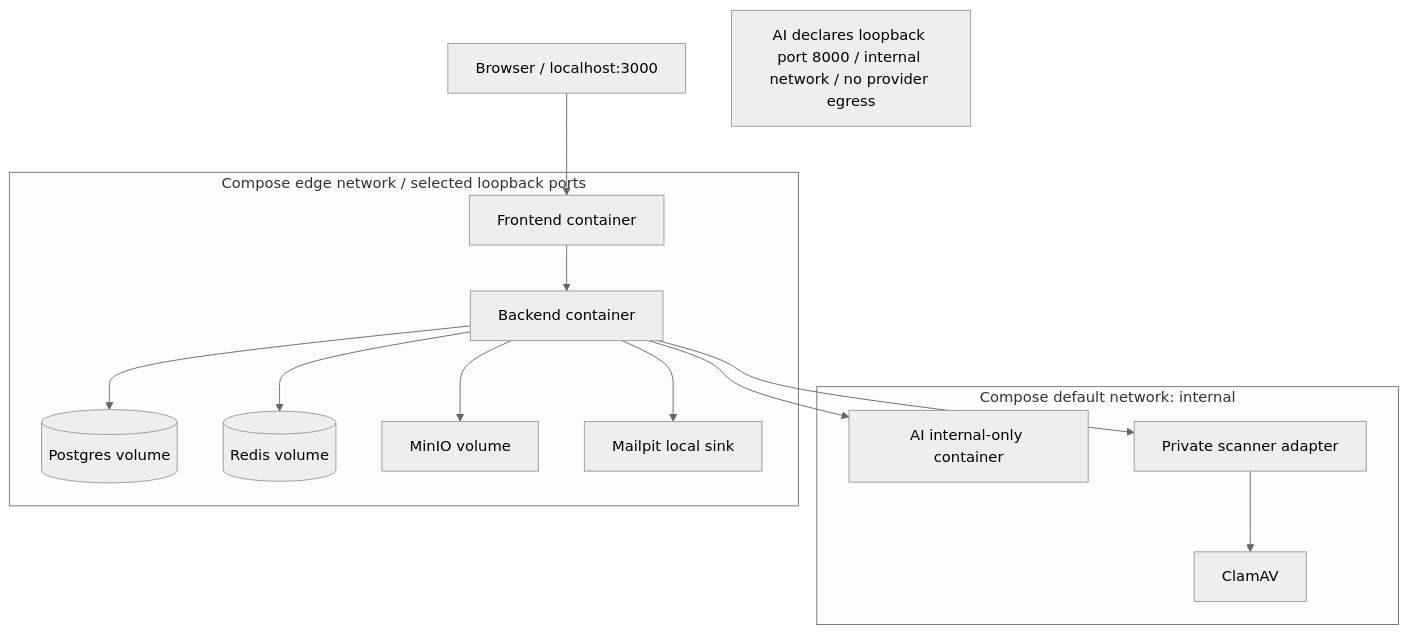
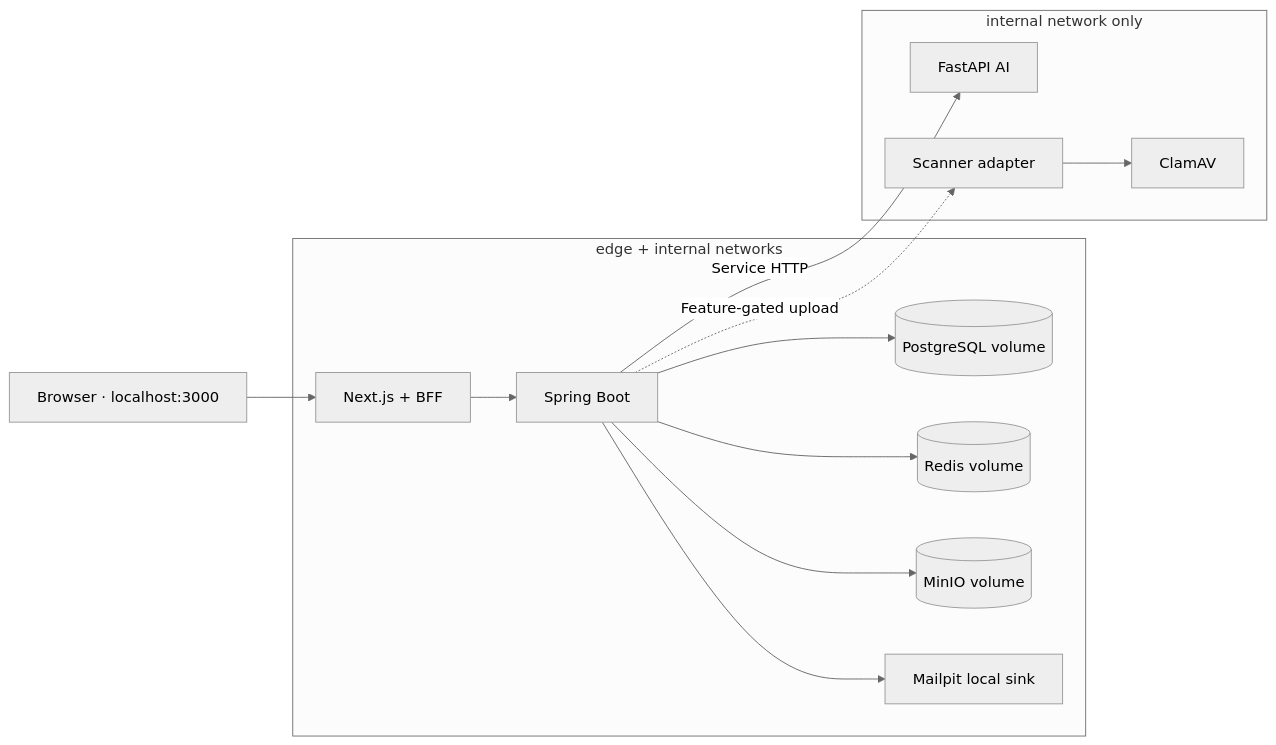
Before and after one commit to JasonTM17/HealthCare_Project: the diagram in docs/architecture/deployment-local.mmd, drawn with Mermaid (neutral theme). The commit also changed 13 other files, not shown here.

Commit message:
docs(readme): use native diagrams and expanded role gallery

```diff
--- a/docs/architecture/deployment-local.mmd
+++ b/docs/architecture/deployment-local.mmd
@@ -1,24 +1,15 @@
-flowchart TB
-    Browser[Browser / localhost:3000] --> FE[Frontend container]
-    FE --> BE[Backend container]
-    BE --> DB[(Postgres volume)]
-    BE --> Redis[(Redis volume)]
-    BE --> AI[AI internal-only container]
-    BE --> Minio[MinIO volume]
-    BE --> SMTP[Mailpit local sink]
-    BE --> Scanner[Private scanner adapter]
-    Scanner --> AV[ClamAV]
-    subgraph Internal[Compose default network: internal]
-        AI
-        Scanner
-        AV
+flowchart LR
+    Browser["Browser · localhost:3000"] --> FE["Next.js + BFF"]
+    subgraph Edge["edge + internal networks"]
+        FE --> BE["Spring Boot"]
+        BE --> DB[("PostgreSQL volume")]
+        BE --> Redis[("Redis volume")]
+        BE --> Minio[("MinIO volume")]
+        BE --> SMTP["Mailpit local sink"]
     end
-    subgraph Edge[Compose edge network / selected loopback ports]
-        FE
-        BE
-        DB
-        Redis
-        Minio
-        SMTP
+    subgraph Internal["internal network only"]
+        AI["FastAPI AI"]
+        Scanner["Scanner adapter"] --> AV["ClamAV"]
     end
-    Note[AI declares loopback port 8000 / internal network / no provider egress]
+    BE -->|"Service HTTP"| AI
+    BE -. "Feature-gated upload" .-> Scanner
```
